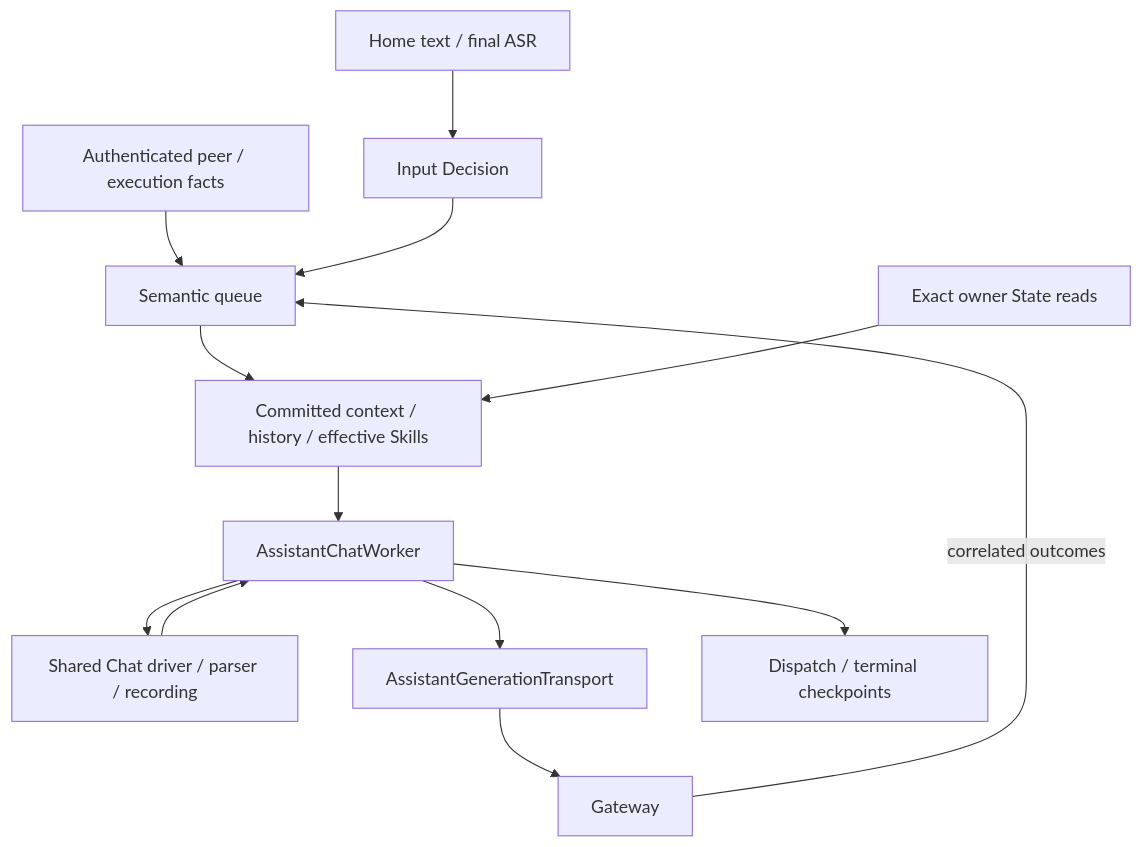
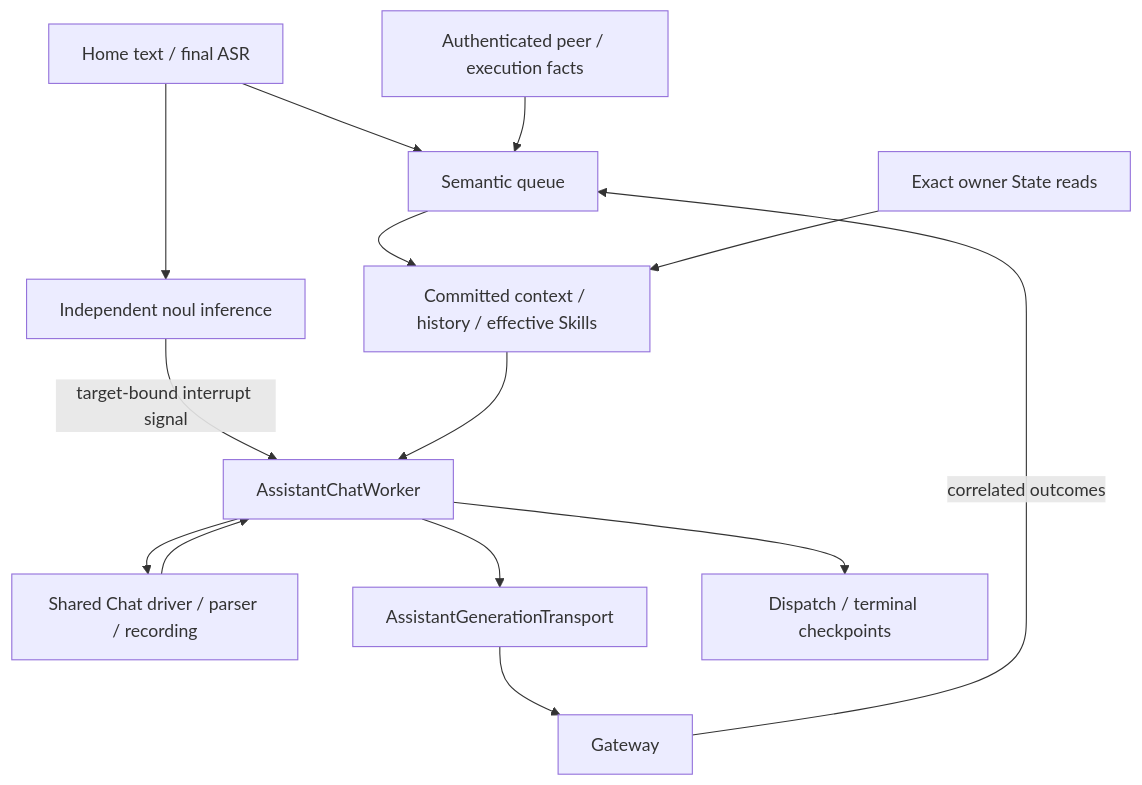
The second of 3 diagrams in MobileHarness/Agents/Assistant/README.md (devilyouwei/MobileHarness), drawn with Mermaid before and after one commit. The commit also changed other lines of this file and 173 other files, not shown here.

````diff
--- a/MobileHarness/Agents/Assistant/README.md
+++ b/MobileHarness/Agents/Assistant/README.md
@@ -53,14 +53,15 @@
 ```mermaid
 flowchart TB
-    Input["Home text / final ASR"] --> Decision["Input Decision"]
+    Input["Home text / final ASR"] --> Queue
+    Input --> Decision["Independent noul inference"]
     Peer["Authenticated peer / execution facts"] --> Queue["Semantic queue"]
-    Decision --> Queue
+    Decision -->|"target-bound interrupt signal"| Worker
     Queue --> Selection["Committed context / history / effective Skills"]
     State["Exact owner State reads"] --> Selection
     Selection --> Worker["AssistantChatWorker"]
     Worker --> Shared["Shared Chat driver / parser / recording"]
     Shared --> Worker
     Worker --> Output["AssistantGenerationTransport"] --> Gateway
     Gateway -->|correlated outcomes| Queue
     Worker --> History["Dispatch / terminal checkpoints"]
 ```
````
